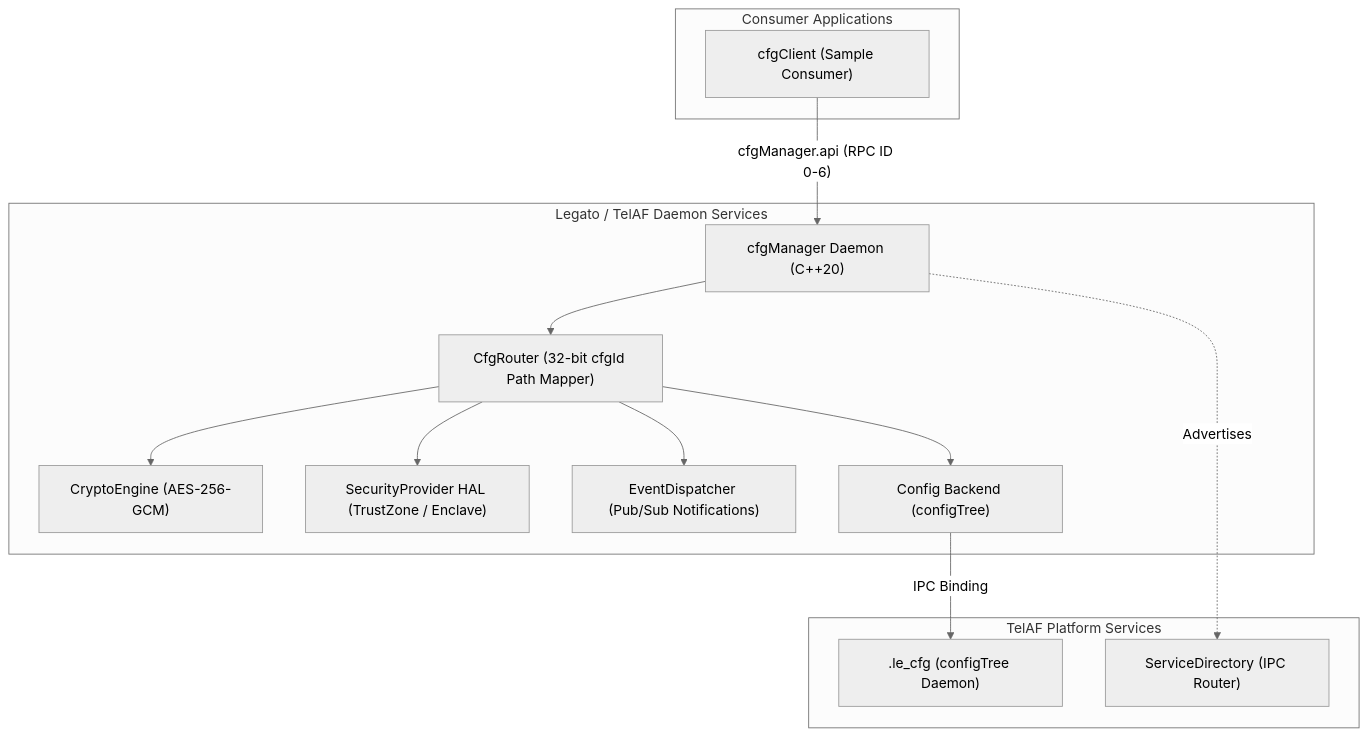
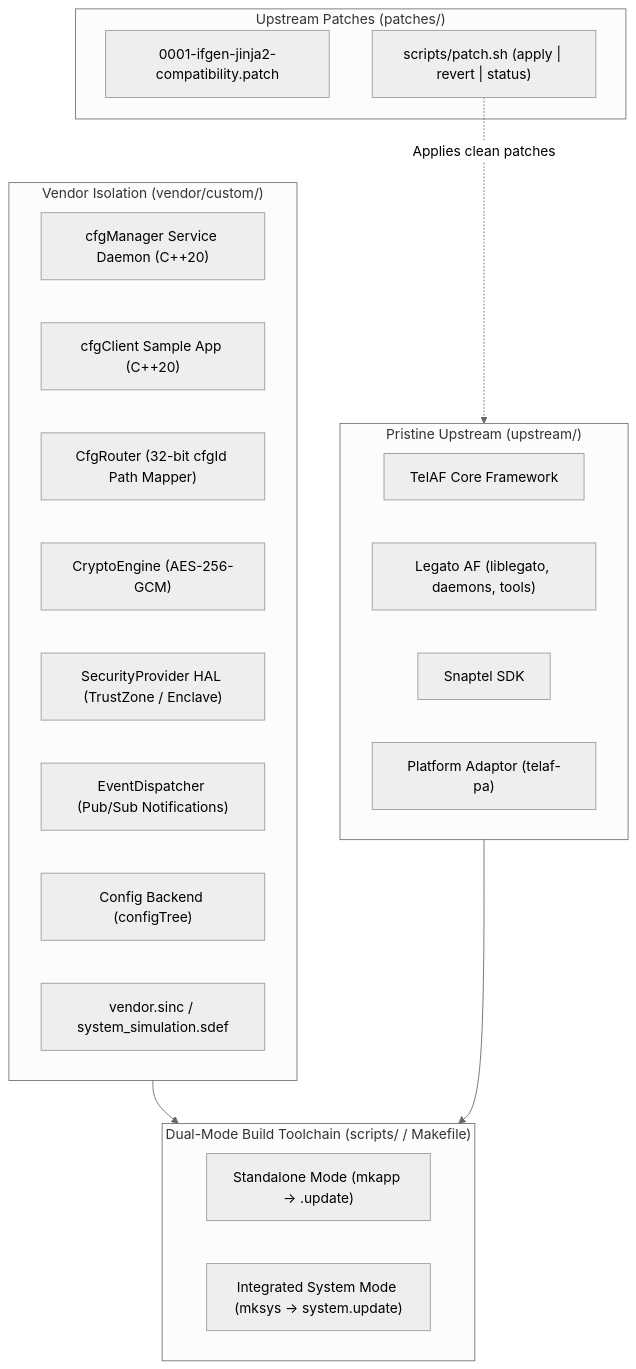
One commit to vsnam19/legato_rpi changed the diagram in README.md. Above: the diagram before and after it, drawn with Mermaid (neutral theme). The commit also changed other lines of this file and 1 other file, not shown here.

Commit message:
docs: update README and TelAF simulation guide for automotive monorepo structure

````diff
--- a/README.md
+++ b/README.md
@@ -14,29 +15,34 @@
 ```mermaid
 flowchart TD
-    subgraph ClientLayer["Consumer Applications"]
-        ClientApp["cfgClient (Sample Consumer)"]
+    subgraph UpstreamLayer["Pristine Upstream (upstream/)"]
+        TelAF["TelAF Core Framework"]
+        Legato["Legato AF (liblegato, daemons, tools)"]
+        SDK["Snaptel SDK"]
+        PA["Platform Adaptor (telaf-pa)"]
     end
 
-    subgraph ServiceLayer["Legato / TelAF Daemon Services"]
-        CfgMgr["cfgManager Daemon (C++20)"]
+    subgraph PatchLayer["Upstream Patches (patches/)"]
+        IfgenPatch["0001-ifgen-jinja2-compatibility.patch"]
+        PatchMgr["scripts/patch.sh (apply | revert | status)"]
+    end
+
+    subgraph VendorLayer["Vendor Isolation (vendor/custom/)"]
+        CfgMgr["cfgManager Service Daemon (C++20)"]
+        CfgClient["cfgClient Sample App (C++20)"]
         Router["CfgRouter (32-bit cfgId Path Mapper)"]
         Crypto["CryptoEngine (AES-256-GCM)"]
         SecHal["SecurityProvider HAL (TrustZone / Enclave)"]
         EvtDisp["EventDispatcher (Pub/Sub Notifications)"]
         Backends["Config Backend (configTree)"]
+        Sinc["vendor.sinc / system_simulation.sdef"]
     end
 
-    subgraph SystemLayer["TelAF Platform Services"]
-        TafCfg["<tafcore>.le_cfg (configTree Daemon)"]
-        Sdir["ServiceDirectory (IPC Router)"]
+    subgraph Toolchain["Dual-Mode Build Toolchain (scripts/ / Makefile)"]
+        Standalone["Standalone Mode (mkapp -> .update)"]
+        Integrated["Integrated System Mode (mksys -> system.update)"]
     end
 
-    ClientApp -- "cfgManager.api (RPC ID 0-6)" --> CfgMgr
-    CfgMgr --> Router
-    Router --> Crypto
-    Router --> SecHal
-    Router --> EvtDisp
-    Router --> Backends
-    Backends -- "IPC Binding" --> TafCfg
-    CfgMgr -. "Advertises" .-> Sdir
+    PatchMgr -. "Applies clean patches" .-> UpstreamLayer
+    VendorLayer --> Toolchain
+    UpstreamLayer --> Toolchain
 ```
````
